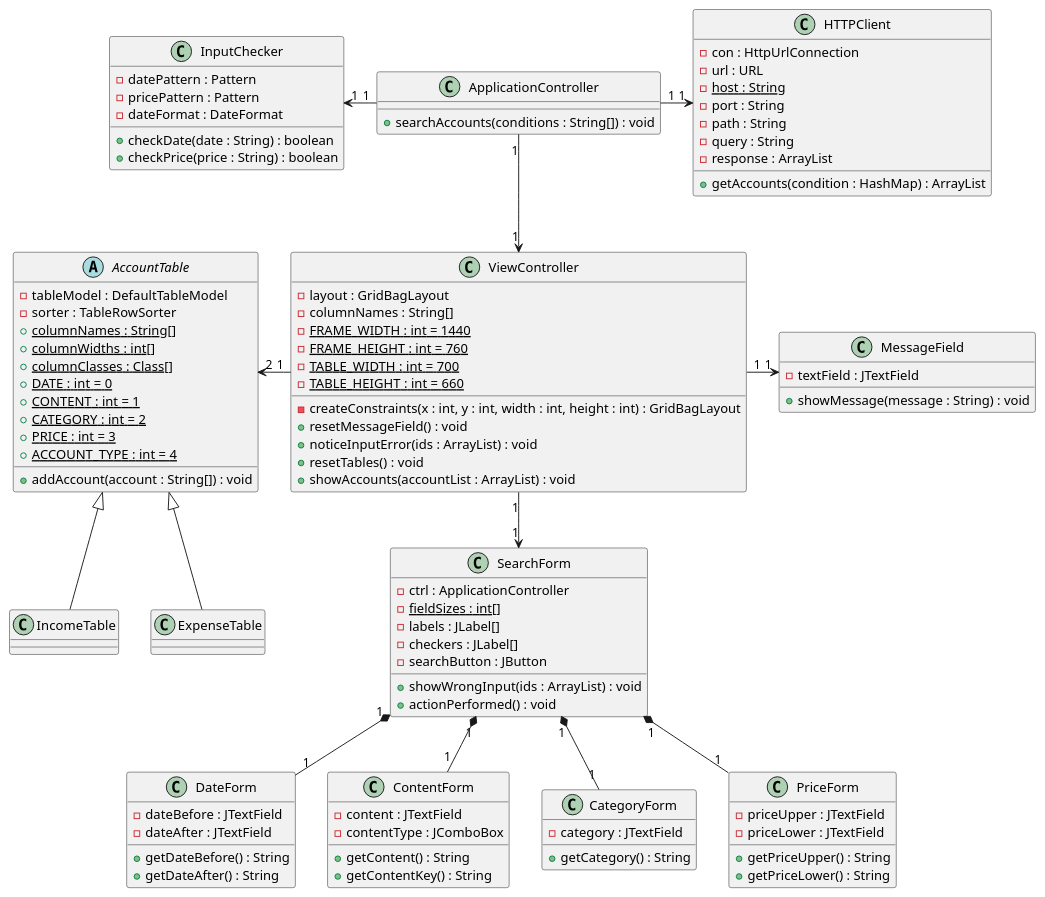
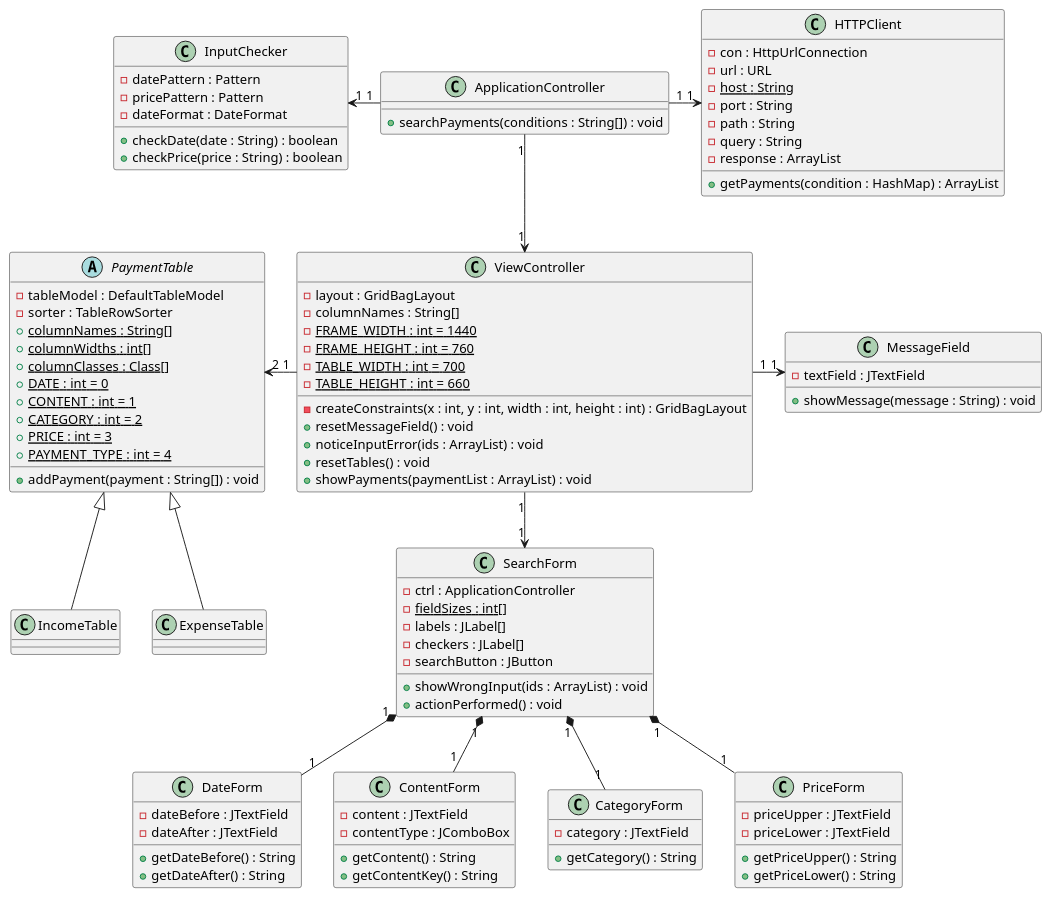
The first of 2 diagrams in zosma/sphinx/internal.rst (Leonis0813/chort), drawn with PlantUML before and after one commit. The commit also changed other lines of this file, not shown here.

```diff
--- a/zosma/sphinx/internal.rst
+++ b/zosma/sphinx/internal.rst
@@ -14,7 +16,7 @@
 .. uml::
 
    class ApplicationController {
-     + searchAccounts(conditions : String[]) : void
+     + searchPayments(conditions : String[]) : void
    }
 
    class ViewController {
@@ -28,10 +30,10 @@
      + resetMessageField() : void
      + noticeInputError(ids : ArrayList) : void
      + resetTables() : void
-     + showAccounts(accountList : ArrayList) : void
+     + showPayments(paymentList : ArrayList) : void
    }
 
-   abstract class AccountTable {
+   abstract class PaymentTable {
      - tableModel : DefaultTableModel
      - sorter : TableRowSorter
      + {static} columnNames : String[]
@@ -41,8 +43,8 @@
      + {static} CONTENT : int = 1
      + {static} CATEGORY : int = 2
      + {static} PRICE : int = 3
-     + {static} ACCOUNT_TYPE : int = 4
-     + addAccount(account : String[]) : void
+     + {static} PAYMENT_TYPE : int = 4
+     + addPayment(payment : String[]) : void
    }
 
    class IncomeTable
@@ -74,7 +76,7 @@
      - content : JTextField
      - contentType : JComboBox
      + getContent() : String
-     + getContentKey() : String	 
+     + getContentKey() : String
    }
 
    class CategoryForm {
@@ -105,17 +107,17 @@
      - path : String
      - query : String
      - response : ArrayList
-     + getAccounts(condition : HashMap) : ArrayList
+     + getPayments(condition : HashMap) : ArrayList
    }
 
    ApplicationController "1" -left-> "1" InputChecker
    ApplicationController "1" -right-> "1" HTTPClient
    ApplicationController "1" -down-> "1" ViewController
-   ViewController "1" -left-> "2" AccountTable
+   ViewController "1" -left-> "2" PaymentTable
    ViewController "1" -down-> "1" SearchForm
    ViewController "1" -right-> "1" MessageField
-   AccountTable <|-- IncomeTable
-   AccountTable <|-- ExpenseTable
+   PaymentTable <|-- IncomeTable
+   PaymentTable <|-- ExpenseTable
    SearchForm "1" *-- "1" DateForm
    SearchForm "1" *-- "1" ContentForm
    SearchForm "1" *-- "1" CategoryForm
```
